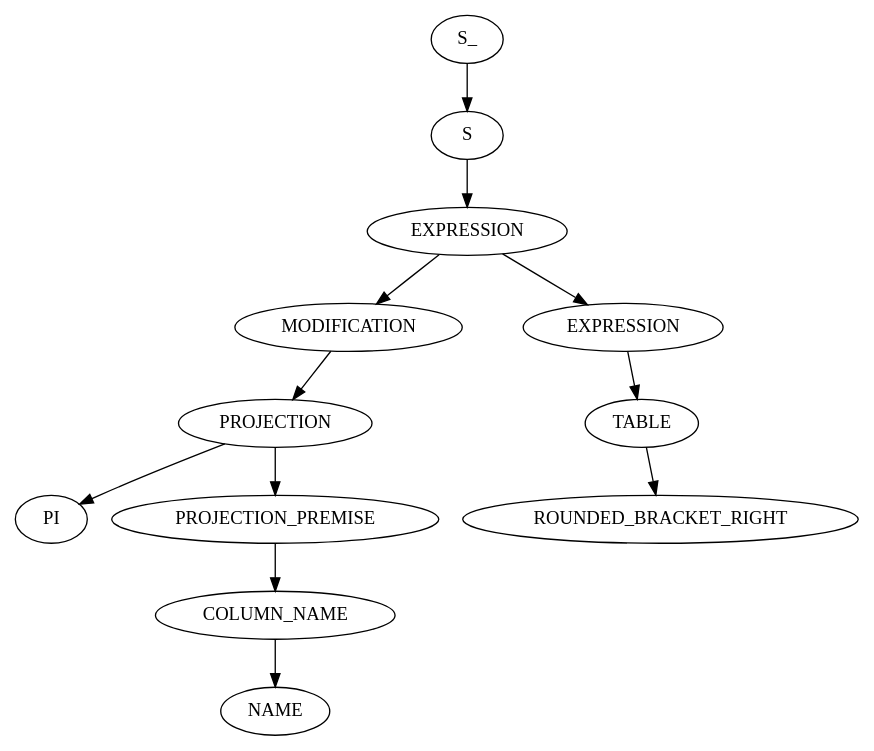
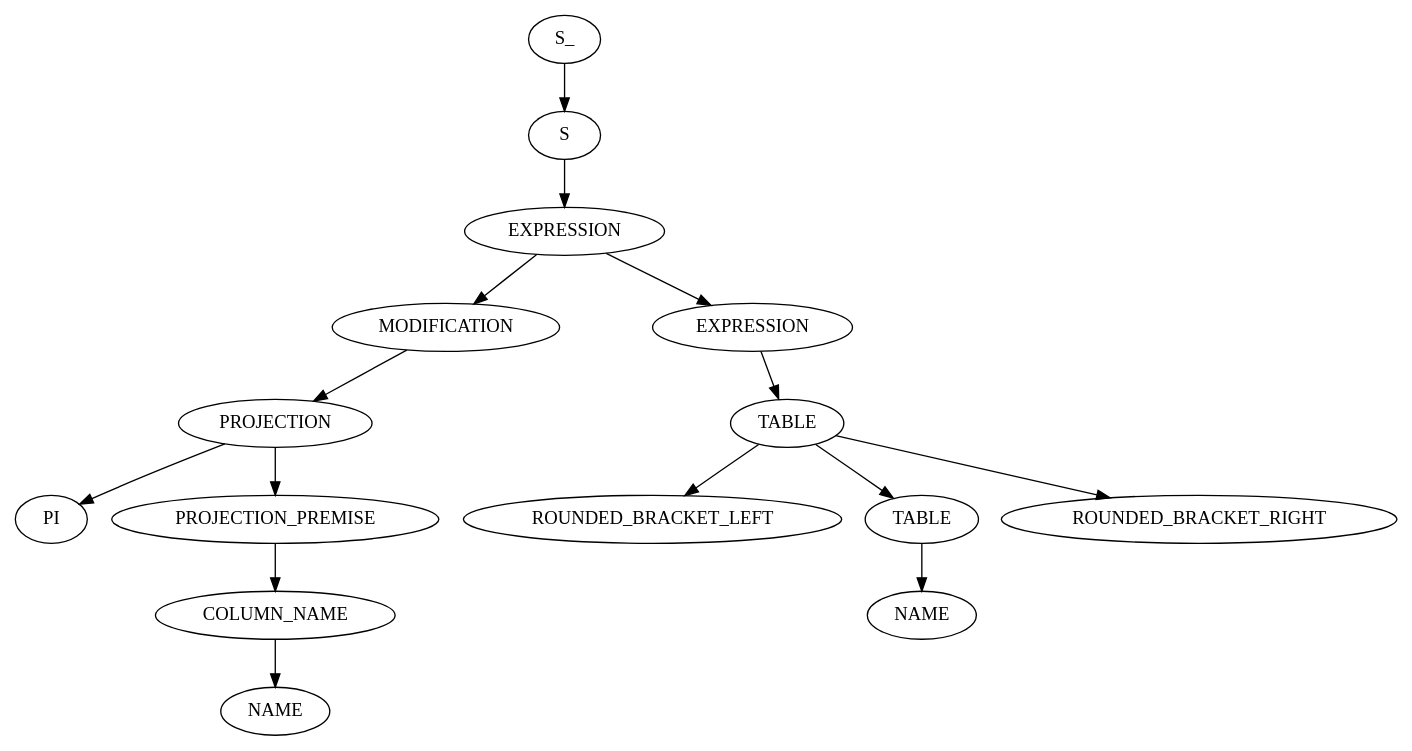
One commit to RobbeNooyens/RATSQL changed the diagram in output/out.dot. Above: the diagram before and after it, drawn with Graphviz. The commit also changed 3 other files, not shown here.

```diff
--- a/output/out.dot
+++ b/output/out.dot
@@ -1,25 +1,31 @@
 digraph ParseTree {
   0 [label="S_"];
   0 -> 1
   1 [label="S"];
   1 -> 2
   2 [label="EXPRESSION"];
   2 -> 3
   3 [label="MODIFICATION"];
   3 -> 4
   4 [label="PROJECTION"];
   4 -> 5
   5 [label="PI"];
   4 -> 6
   6 [label="PROJECTION_PREMISE"];
   6 -> 7
   7 [label="COLUMN_NAME"];
   7 -> 8
   8 [label="NAME"];
   2 -> 9
   9 [label="EXPRESSION"];
   9 -> 10
   10 [label="TABLE"];
   10 -> 11
-  11 [label="ROUNDED_BRACKET_RIGHT"];
+  11 [label="ROUNDED_BRACKET_LEFT"];
+  10 -> 12
+  12 [label="TABLE"];
+  12 -> 13
+  13 [label="NAME"];
+  10 -> 14
+  14 [label="ROUNDED_BRACKET_RIGHT"];
 }
```
